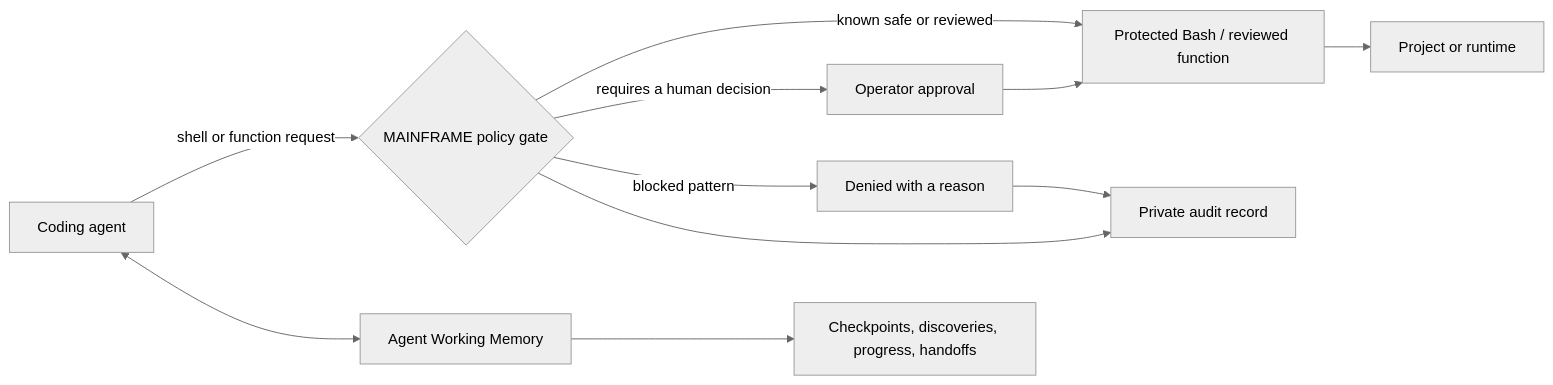
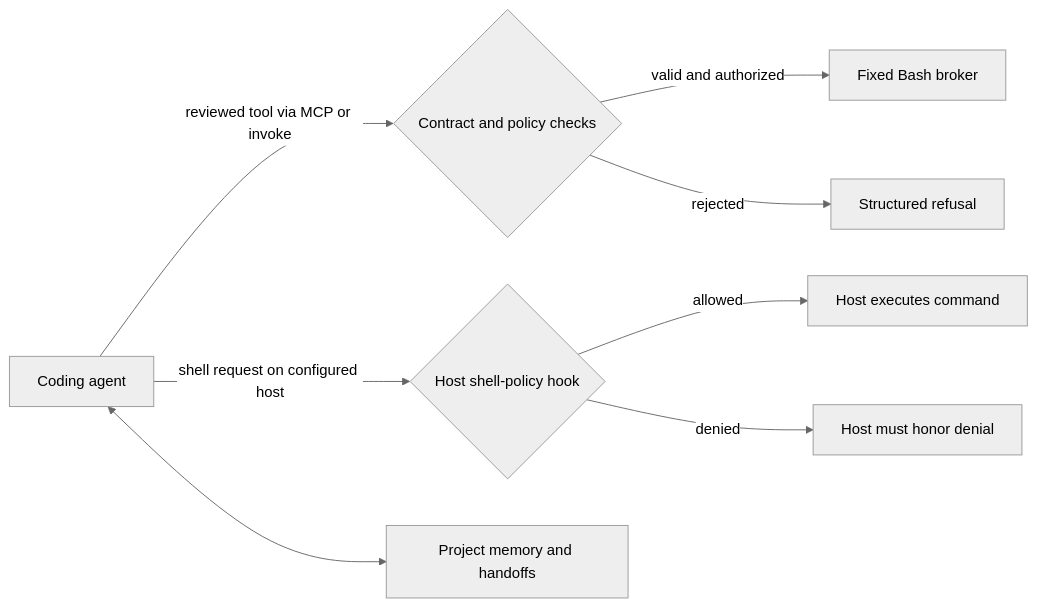
The diagram in README.md (gtwatts/mainframe), drawn with Mermaid (neutral theme) before and after one commit. The commit also changed other lines of this file and 11 other files, not shown here.

````diff
--- a/README.md
+++ b/README.md
@@ -62,13 +80,10 @@
 ```mermaid
 flowchart LR
-    A[Coding agent] -->|shell or function request| G{MAINFRAME policy gate}
-    G -->|known safe or reviewed| B[Protected Bash / reviewed function]
-    G -->|requires a human decision| H[Operator approval]
-    H --> B
-    G -->|blocked pattern| X[Denied with a reason]
-    B --> R[Project or runtime]
-    G --> L[Private audit record]
-    X --> L
-    A <--> M[Agent Working Memory]
-    M --> C[Checkpoints, discoveries, progress, handoffs]
+    A[Coding agent] -->|reviewed tool via MCP or invoke| B{Contract and policy checks}
+    B -->|valid and authorized| T[Fixed Bash broker]
+    B -->|rejected| D[Structured refusal]
+    A -->|shell request on configured host| G{Host shell-policy hook}
+    G -->|allowed| H[Host executes command]
+    G -->|denied| X[Host must honor denial]
+    A <--> M[Project memory and handoffs]
 ```
````
